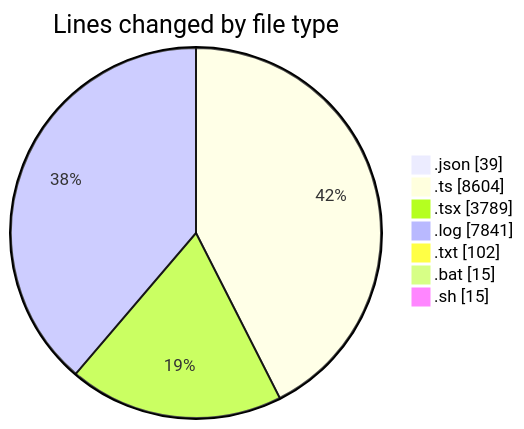
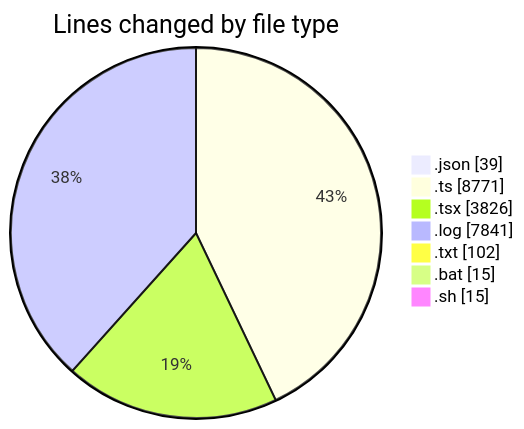
Before and after one commit to lephambinh05/code-tracking: the first of 2 diagrams in 2025-09-13/napxuvn/README.md, drawn with Mermaid. The commit also changed other lines of this file and 1 other file, not shown here.

````diff
--- a/2025-09-13/napxuvn/README.md
+++ b/2025-09-13/napxuvn/README.md
@@ -85,11 +87,11 @@
 ```mermaid
 pie showData
 title Lines changed by file type
 ".json" : 39
-".ts" : 8604
-".tsx" : 3789
+".ts" : 8771
+".tsx" : 3826
 ".log" : 7841
 ".txt" : 102
 ".bat" : 15
 ".sh" : 15
 ```
````
